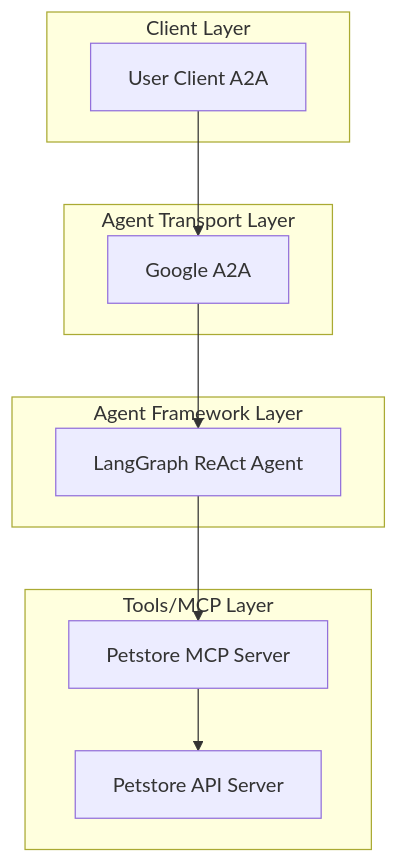
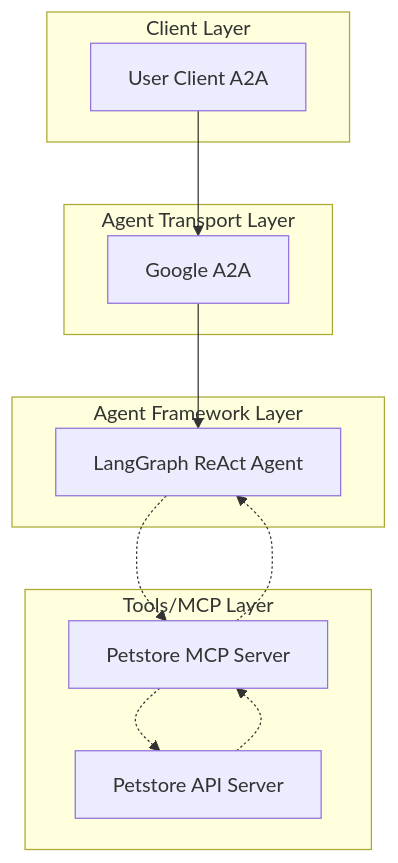
Before and after one commit to cnoe-io/openapi-mcp-codegen: the diagram in README.md, drawn with Mermaid.

Commit message:
fix(diagram): improve arrows

````diff
--- a/README.md
+++ b/README.md
@@ -97,18 +97,22 @@
 ```mermaid
 flowchart TD
   subgraph Client Layer
     A[User Client A2A]
   end
   subgraph Agent Transport Layer
     B[Google A2A]
   end
   subgraph Agent Framework Layer
     C[LangGraph ReAct Agent]
   end
   subgraph Tools/MCP Layer
     D[Petstore MCP Server]
     E[Petstore API Server]
   end
-  A --> B --> C
-  C --> D --> E
+  A --> B
+  B --> C
+  C -.-> D
+  D -.-> C
+  D -.-> E
+  E -.-> D
 ```
````
